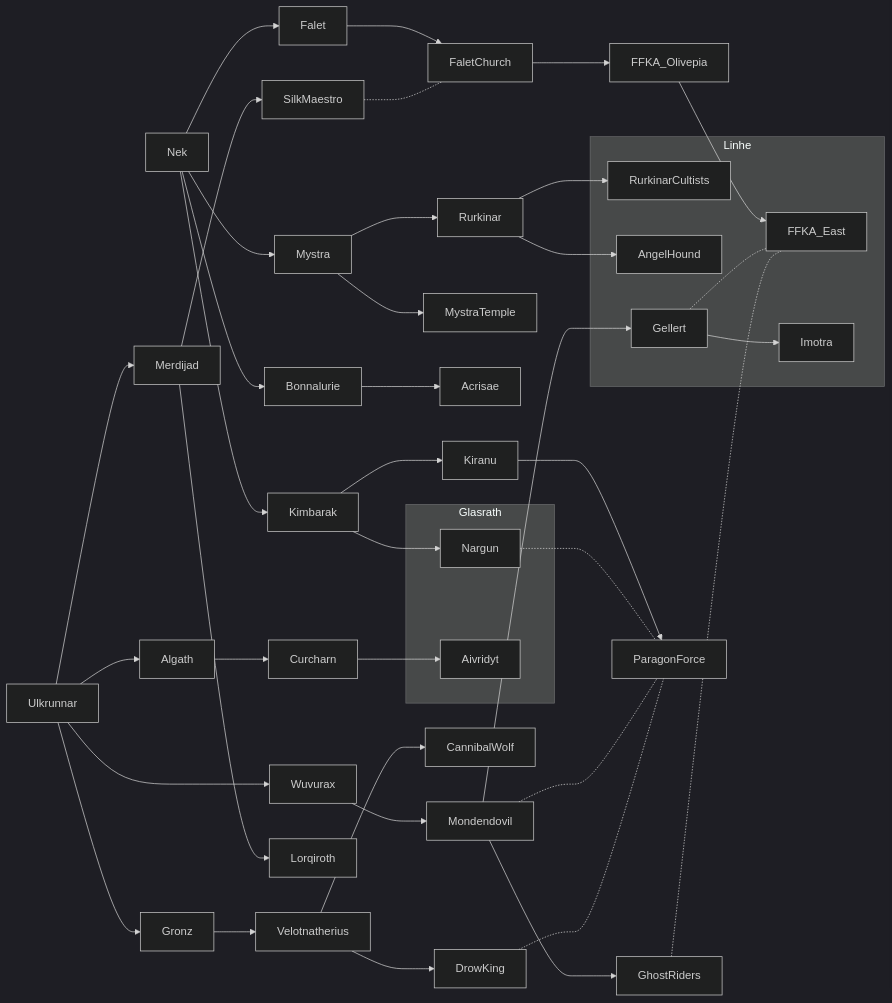
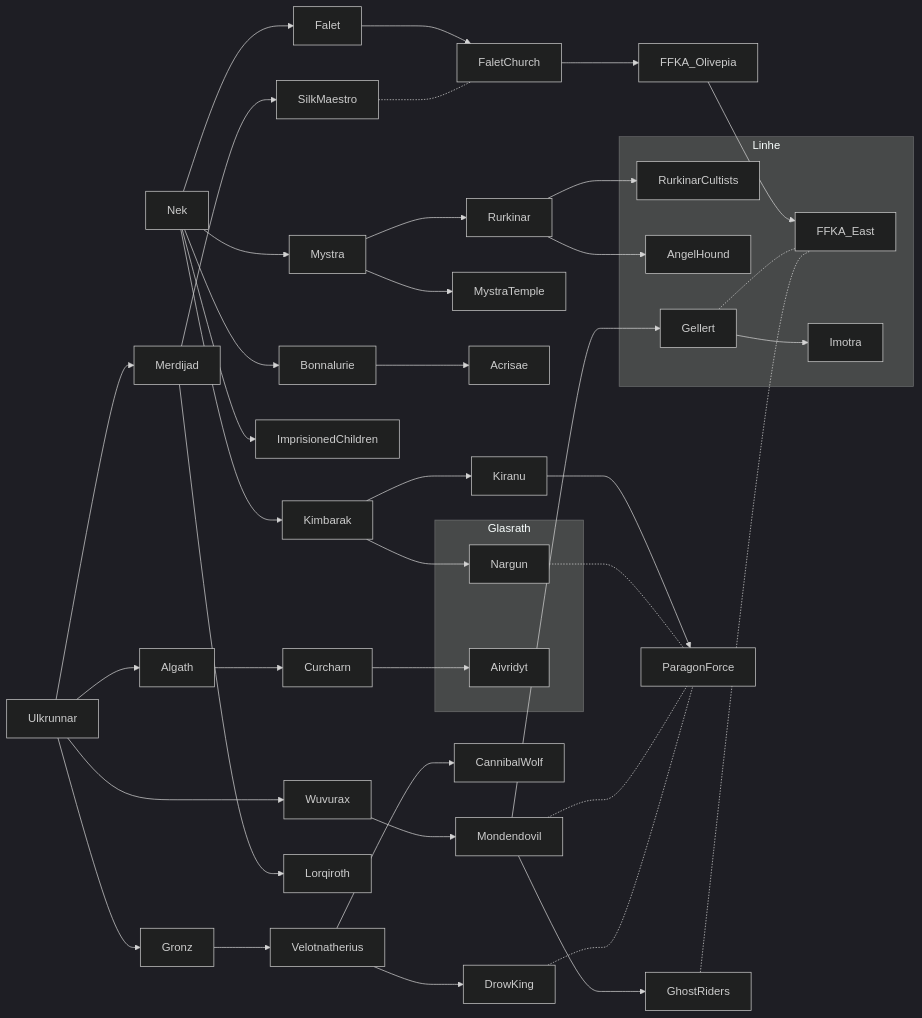
One commit to terra-campaigns/arrival changed the diagram in campaign/factions.md. Above: the diagram before and after it, drawn with Mermaid. The commit also changed 26 other files, not shown here.

First line of the commit message:
updated history and timeline

````diff
--- a/campaign/factions.md
+++ b/campaign/factions.md
@@ -3,65 +3,66 @@
 ```mermaid
 %%{init: {'theme':'dark'}}%%
 flowchart LR
     Nek --> Mystra
     Nek --> Bonnalurie
     Nek --> Falet
     Nek --> Kimbarak
+    Nek --> ImprisionedChildren
     
     Mystra --> Rurkinar
     Mystra --> MystraTemple
     Rurkinar --> RurkinarCultists
     Rurkinar --> AngelHound
     
     Bonnalurie --> Acrisae
     Falet --> FaletChurch
     FaletChurch --> FFKA_Olivepia
     FFKA_Olivepia --> FFKA_East
 	
 	Kimbarak --> Kiranu
 	Kimbarak --> Nargun
 	Kiranu --> ParagonForce
 	Nargun -.- ParagonForce
     
     Ulkrunnar --> Wuvurax
     Ulkrunnar --> Gronz
     Ulkrunnar --> Algath
     Ulkrunnar --> Merdijad
     
     Wuvurax --> Mondendovil
     Mondendovil --> Gellert
     Gellert --> Imotra
     Mondendovil --> GhostRiders
     
     %% Mercian influencing other factions
     Gellert -.- FFKA_East
     Mondendovil -.- ParagonForce
     GhostRiders -.- FFKA_East
 	
 	Gronz --> Velotnatherius
 	Velotnatherius --> CannibalWolf
 	Velotnatherius --> DrowKing
 	DrowKing -.- ParagonForce
 	
 	Algath --> Curcharn
 	Curcharn --> Aivridyt
 	
 	Merdijad --> Lorqiroth
 	Merdijad --> SilkMaestro
 	
 	%% Silk influencing other factions
 	SilkMaestro -.- FaletChurch
 	
     subgraph Linhe
     Imotra
     Gellert
     FFKA_East
     RurkinarCultists
     AngelHound
     end
     
     subgraph Glasrath
     Aivridyt
     Nargun
     end
 ```
````
